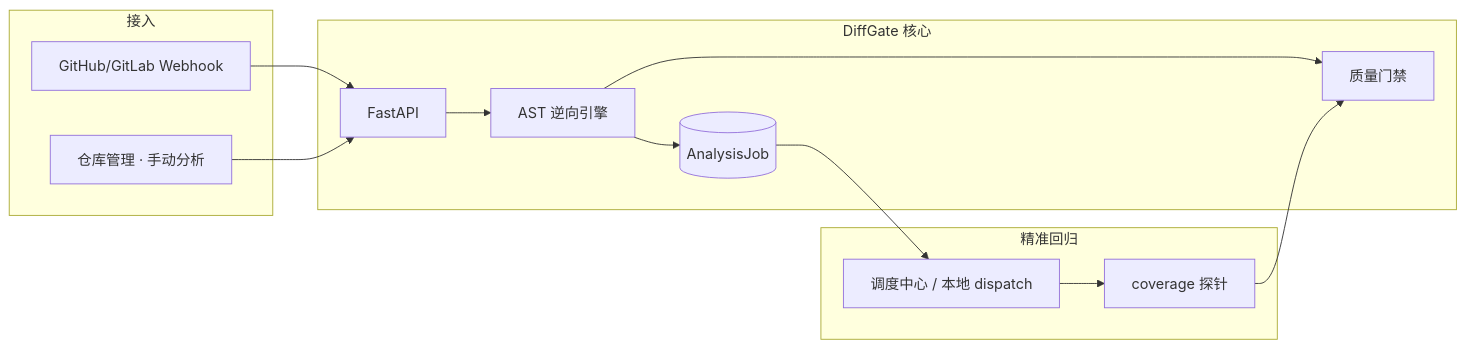
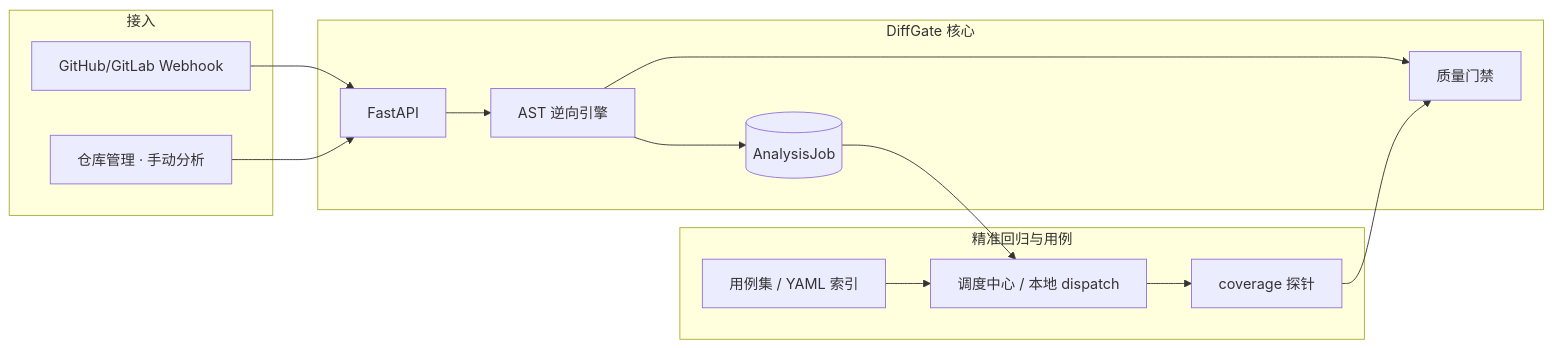
The diagram in docs/产品说明书.md (francesyu0926-spec/DiffGate), drawn with Mermaid before and after one commit. The commit also changed other lines of this file and 8 other files, not shown here.

First line of the commit message:
Polish MD3 create flows and refresh product documentation.

````diff
--- a/docs/产品说明书.md
+++ b/docs/产品说明书.md
@@ -25,22 +28,25 @@
 ```mermaid
 flowchart LR
   subgraph ingest [接入]
     WH[GitHub/GitLab Webhook]
     MAN[仓库管理 · 手动分析]
   end
   subgraph core [DiffGate 核心]
     API[FastAPI]
     AST[AST 逆向引擎]
     JOB[(AnalysisJob)]
     GATE[质量门禁]
   end
-  subgraph regress [精准回归]
+  subgraph regress [精准回归与用例]
+    SUITE[用例集 / YAML 索引]
     DISPATCH[调度中心 / 本地 dispatch]
     COV[coverage 探针]
   end
   WH --> API
   MAN --> API
   API --> AST --> JOB
   AST --> GATE
-  JOB --> DISPATCH --> COV --> GATE
+  JOB --> DISPATCH
+  SUITE --> DISPATCH
+  DISPATCH --> COV --> GATE
 ```
````
